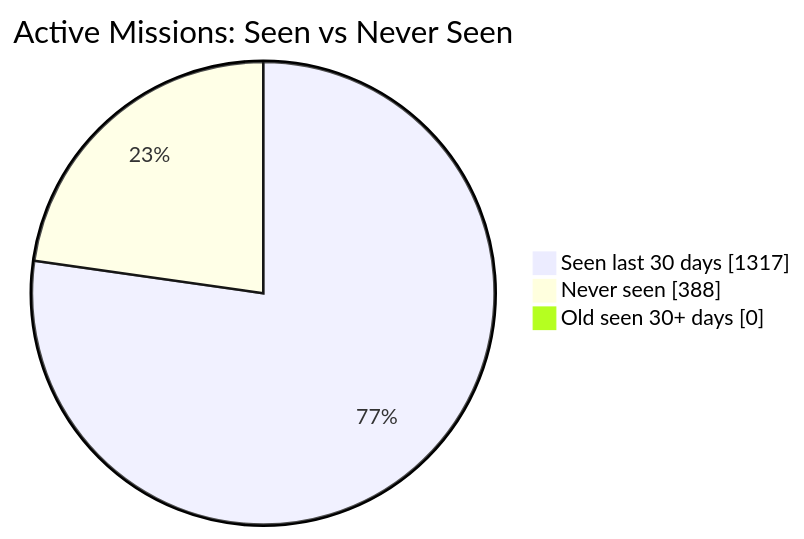
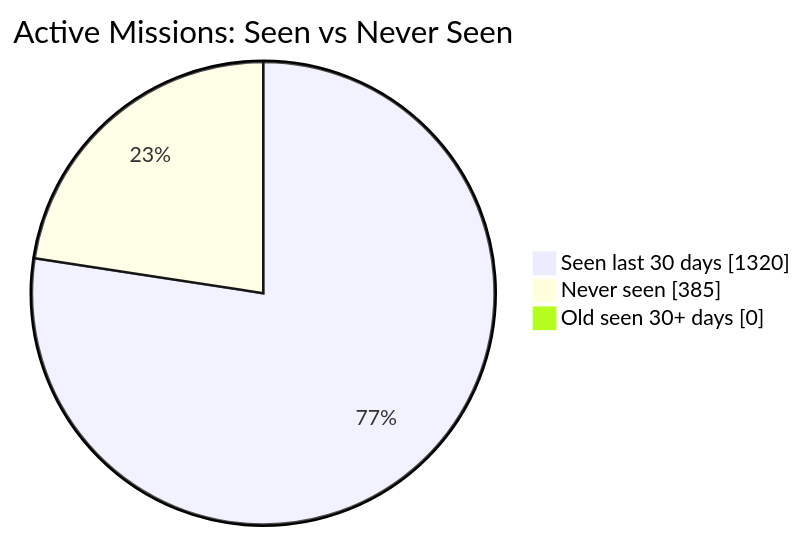
One commit to MeldkamerspelGameTeam/active-missions changed the first of 2 diagrams in README.md. Above: the diagram before and after it, drawn with Mermaid. The commit also changed other lines of this file and 2 other files, not shown here.

````diff
--- a/README.md
+++ b/README.md
@@ -34,7 +34,7 @@
 ```mermaid
 pie showData
     title Active Missions: Seen vs Never Seen
-    "Seen last 30 days" : 1317
-    "Never seen" : 388
+    "Seen last 30 days" : 1320
+    "Never seen" : 385
     "Old seen 30+ days" : 0
 ```
````
